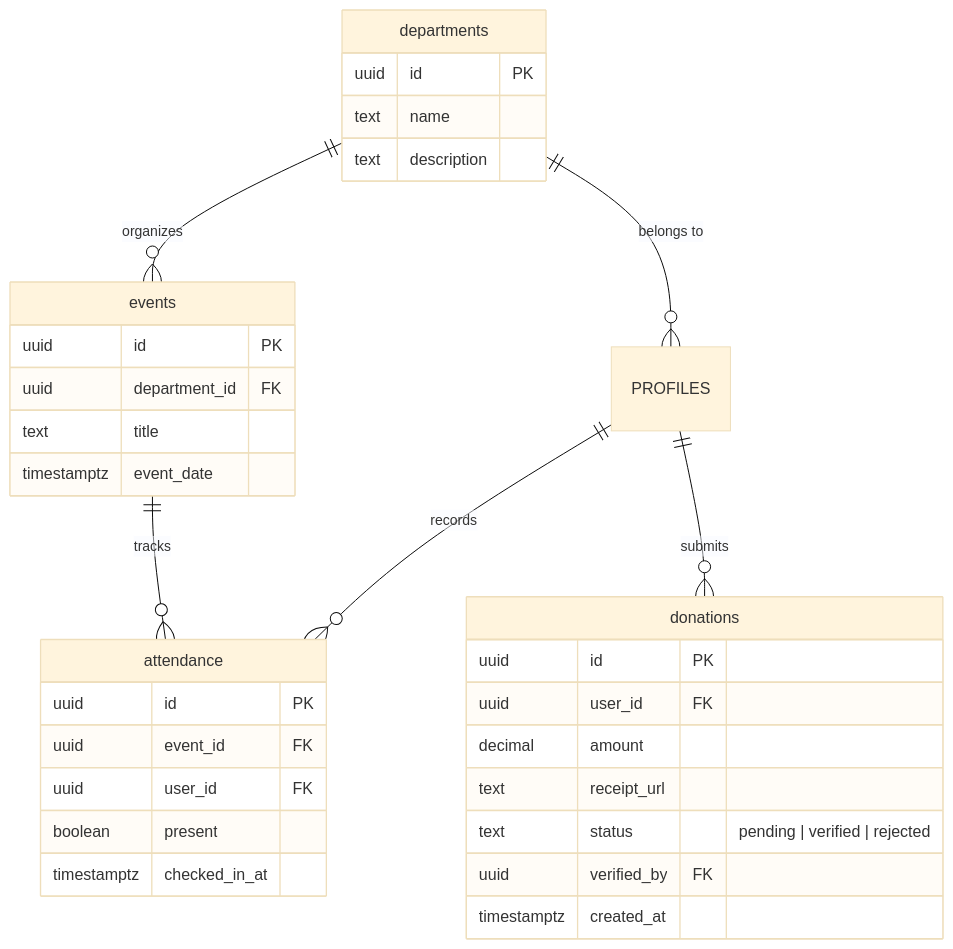
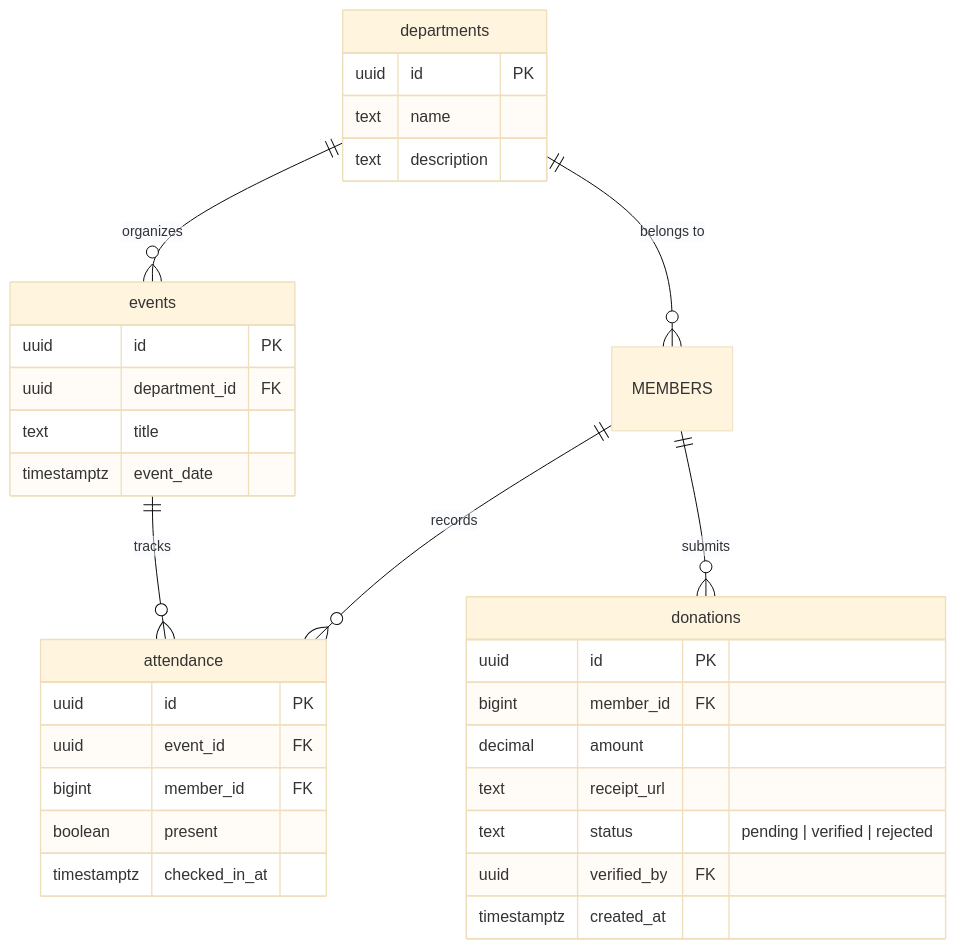
The sixth of 6 diagrams in docs/database.md (Felege-Yordanos-Tech-Team/felege-yordanos-app), drawn with Mermaid (base theme) before and after one commit. The commit also changed other lines of this file and 3 other files, not shown here.

First line of the commit message:
docs: 📝 update all architecture docs for latest features

````diff
--- a/docs/database.md
+++ b/docs/database.md
@@ -82,39 +185,39 @@
 ```mermaid
 erDiagram
-    PROFILES ||--o{ ATTENDANCE : "records"
-    PROFILES ||--o{ DONATIONS : "submits"
-    DEPARTMENTS ||--o{ PROFILES : "belongs to"
+    MEMBERS ||--o{ ATTENDANCE : "records"
+    MEMBERS ||--o{ DONATIONS : "submits"
+    DEPARTMENTS ||--o{ MEMBERS : "belongs to"
     EVENTS ||--o{ ATTENDANCE : "tracks"
     DEPARTMENTS ||--o{ EVENTS : "organizes"
 
     DEPARTMENTS["departments"] {
         uuid id PK
         text name
         text description
     }
 
     EVENTS["events"] {
         uuid id PK
         uuid department_id FK
         text title
         timestamptz event_date
     }
 
     ATTENDANCE["attendance"] {
         uuid id PK
         uuid event_id FK
-        uuid user_id FK
+        bigint member_id FK
         boolean present
         timestamptz checked_in_at
     }
 
     DONATIONS["donations"] {
         uuid id PK
-        uuid user_id FK
+        bigint member_id FK
         decimal amount
         text receipt_url
         text status "pending | verified | rejected"
         uuid verified_by FK
         timestamptz created_at
     }
 ```
````
